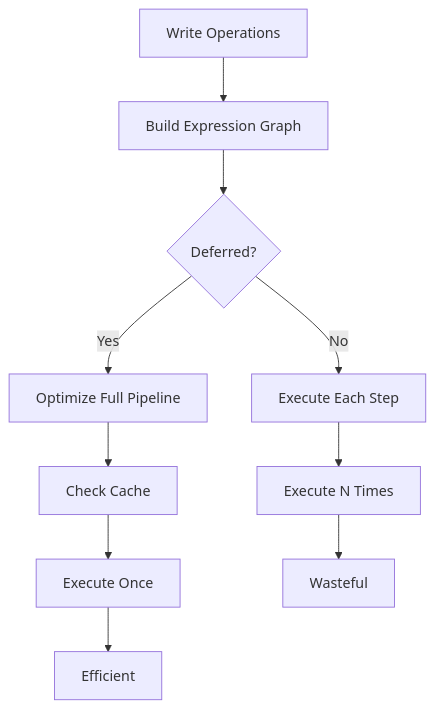
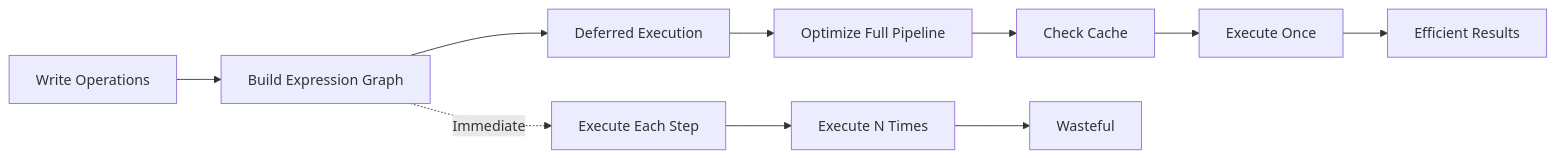
One commit to xorq-labs/xorq changed the first of 2 diagrams in docs/concepts/fundamentals/why_deferred_execution.qmd. Above: the diagram before and after it, drawn with Mermaid. The commit also changed other lines of this file and 20 other files, not shown here.

Commit message:
docs: Refine concept pages, restructure index, improve diagrams, and ensure responsive design

````diff
--- a/docs/concepts/fundamentals/why_deferred_execution.qmd
+++ b/docs/concepts/fundamentals/why_deferred_execution.qmd
@@ -98,12 +98,14 @@
 ```{mermaid}
-graph TB
+%%| eval: true
+graph LR
     A[Write Operations] --> B[Build Expression Graph]
-    B --> C{Deferred?}
-    C -->|Yes| D[Optimize Full Pipeline]
-    C -->|No| E[Execute Each Step]
-    D --> F[Check Cache]
-    F --> G[Execute Once]
-    E --> H[Execute N Times]
-    G --> I[Efficient]
-    H --> J[Wasteful]
+    B --> C[Deferred Execution]
+    C --> D[Optimize Full Pipeline]
+    D --> E[Check Cache]
+    E --> F[Execute Once]
+    F --> G[Efficient Results]
+    
+    B -.Immediate.-> H[Execute Each Step]
+    H --> I[Execute N Times]
+    I --> J[Wasteful]
 ```
````
